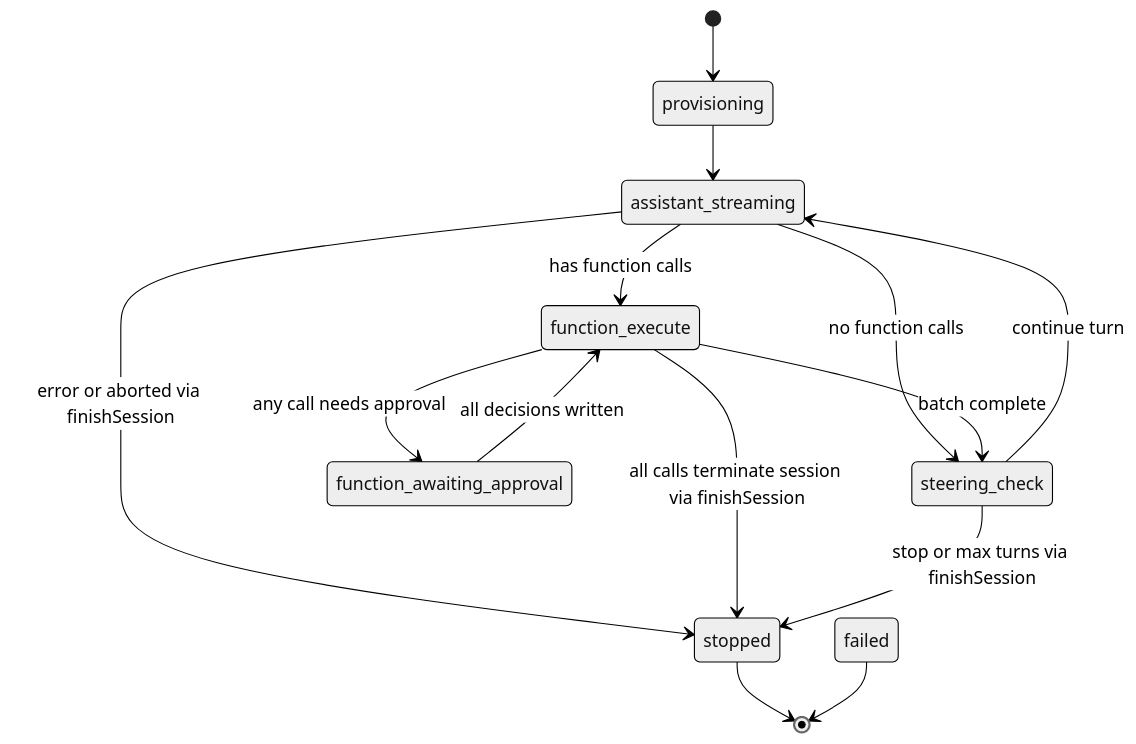
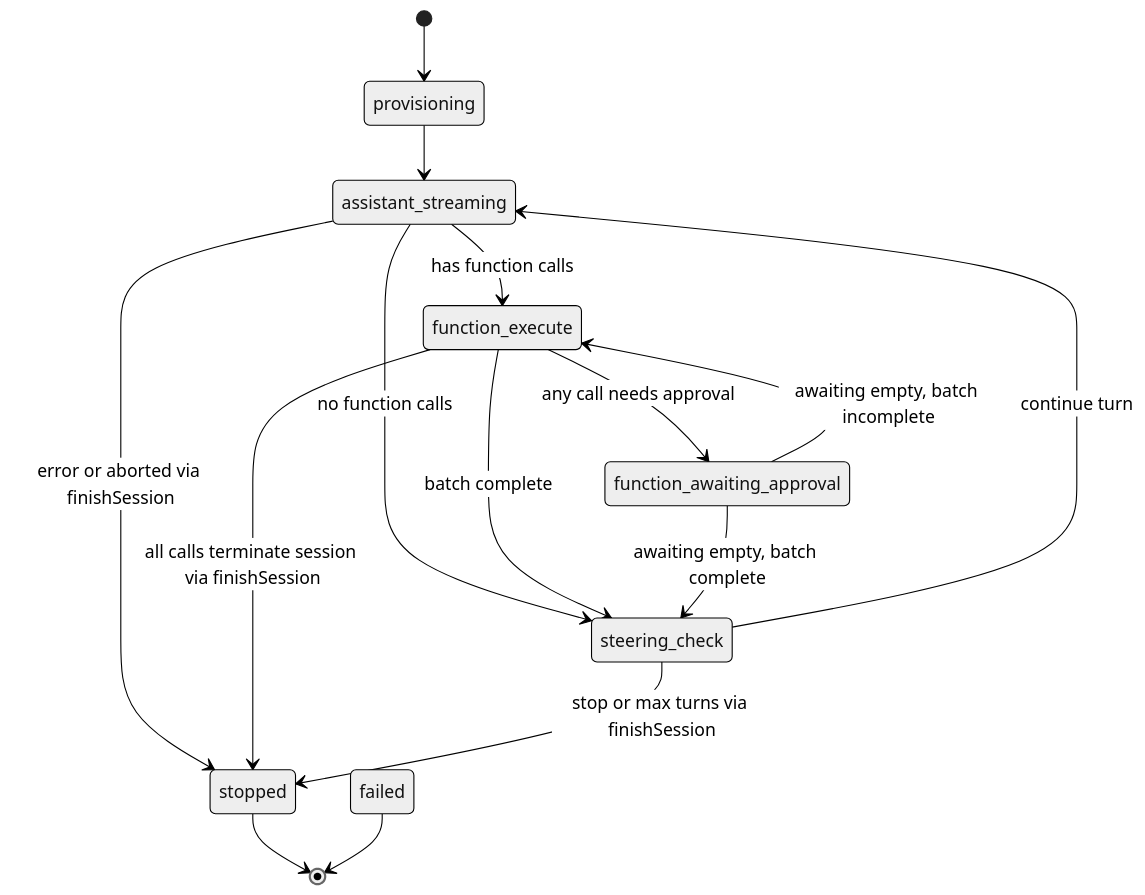
Before and after one commit to iii-hq/workers: the second of 5 diagrams in harness/docs/architecture.md, drawn with Mermaid (neutral theme). The commit also changed other lines of this file and 13 other files, not shown here.

First line of the commit message:
refactor(turn-orchestrator): enhance function-awaiting-approval handling

````diff
--- a/harness/docs/architecture.md
+++ b/harness/docs/architecture.md
@@ -104,16 +104,17 @@
 ```mermaid
 stateDiagram-v2
   [*] --> provisioning
   provisioning --> assistant_streaming
   assistant_streaming --> function_execute: has function calls
   assistant_streaming --> steering_check: no function calls
   assistant_streaming --> stopped: error or aborted via finishSession
   function_execute --> function_awaiting_approval: any call needs approval
   function_execute --> steering_check: batch complete
   function_execute --> stopped: all calls terminate session via finishSession
-  function_awaiting_approval --> function_execute: all decisions written
+  function_awaiting_approval --> function_execute: awaiting empty, batch incomplete
+  function_awaiting_approval --> steering_check: awaiting empty, batch complete
   steering_check --> assistant_streaming: continue turn
   steering_check --> stopped: stop or max turns via finishSession
   stopped --> [*]
   failed --> [*]
 ```
````
